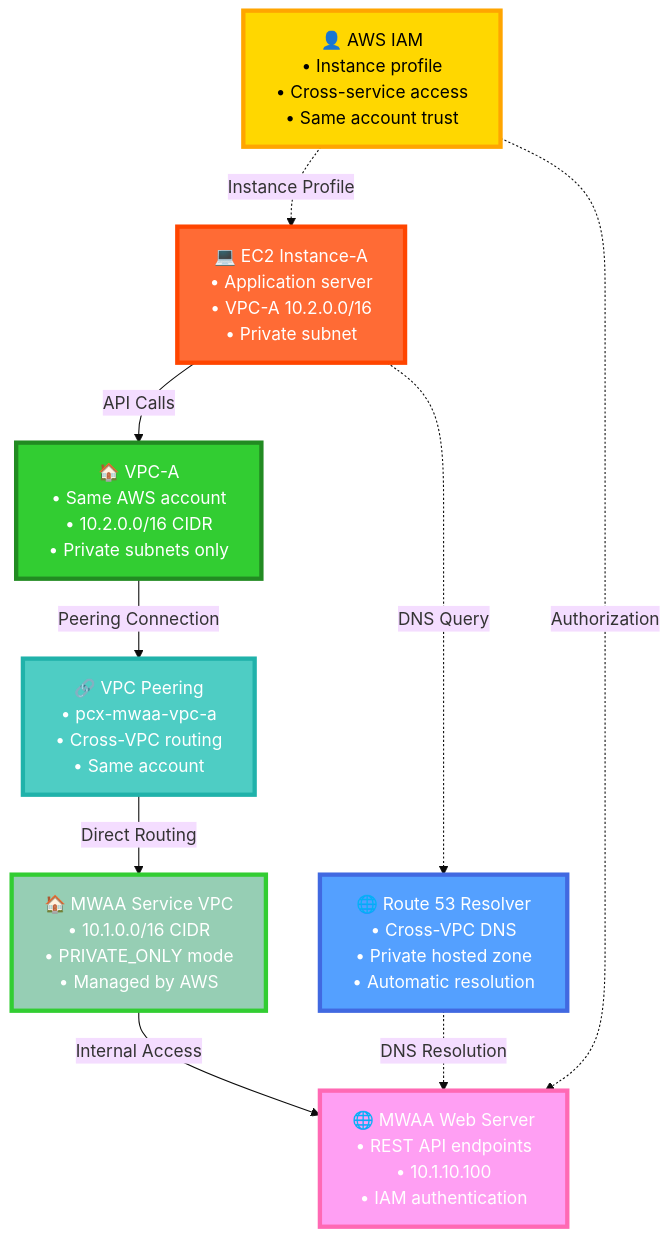
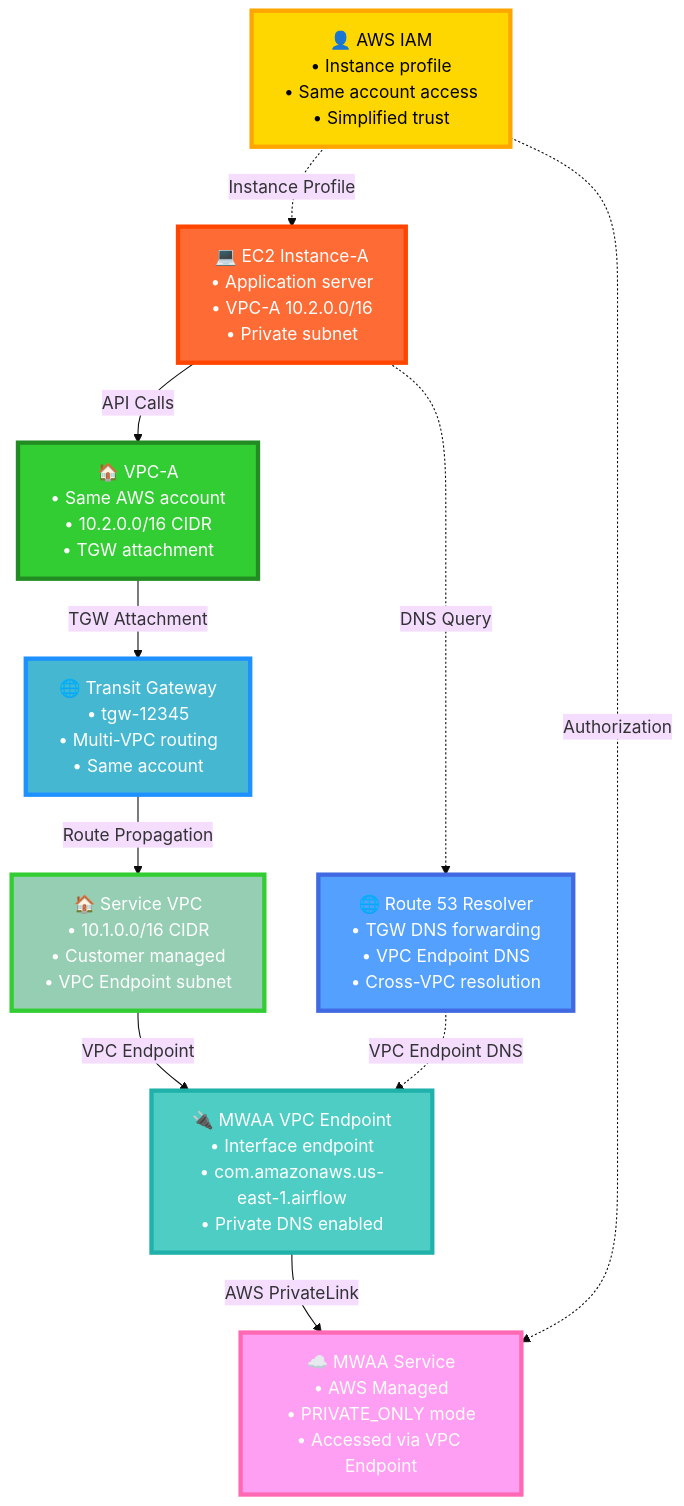
One commit to demoq-demo/mwaa changed the third of 12 diagrams in restapi.md. Above: the diagram before and after it, drawn with Mermaid (base theme). The commit also changed other lines of this file, not shown here.

````diff
--- a/restapi.md
+++ b/restapi.md
@@ -106,28 +107,31 @@
 ```mermaid
 graph TB
     EC2A["💻 EC2 Instance-A<br/>• Application server<br/>• VPC-A 10.2.0.0/16<br/>• Private subnet"]:::ec2
-    VPCA["🏠 VPC-A<br/>• Same AWS account<br/>• 10.2.0.0/16 CIDR<br/>• Private subnets only"]:::vpca
-    PEERING["🔗 VPC Peering<br/>• pcx-mwaa-vpc-a<br/>• Cross-VPC routing<br/>• Same account"]:::peering
-    MWAAVPC["🏠 MWAA Service VPC<br/>• 10.1.0.0/16 CIDR<br/>• PRIVATE_ONLY mode<br/>• Managed by AWS"]:::mwaavpc
-    WEBSERVER["🌐 MWAA Web Server<br/>• REST API endpoints<br/>• 10.1.10.100<br/>• IAM authentication"]:::webserver
-    ROUTE53["🌐 Route 53 Resolver<br/>• Cross-VPC DNS<br/>• Private hosted zone<br/>• Automatic resolution"]:::dns
-    IAM["👤 AWS IAM<br/>• Instance profile<br/>• Cross-service access<br/>• Same account trust"]:::iam
+    VPCA["🏠 VPC-A<br/>• Same AWS account<br/>• 10.2.0.0/16 CIDR<br/>• TGW attachment"]:::vpca
+    TGW["🌐 Transit Gateway<br/>• tgw-12345<br/>• Multi-VPC routing<br/>• Same account"]:::tgw
+    SERVICEVPC["🏠 Service VPC<br/>• 10.1.0.0/16 CIDR<br/>• Customer managed<br/>• VPC Endpoint subnet"]:::servicevpc
+    VPCENDPOINT["🔌 MWAA VPC Endpoint<br/>• Interface endpoint<br/>• com.amazonaws.us-east-1.airflow<br/>• Private DNS enabled"]:::vpcendpoint
+    MWAASERVICE["☁️ MWAA Service<br/>• AWS Managed<br/>• PRIVATE_ONLY mode<br/>• Accessed via VPC Endpoint"]:::mwaaservice
+    ROUTE53["🌐 Route 53 Resolver<br/>• TGW DNS forwarding<br/>• VPC Endpoint DNS<br/>• Cross-VPC resolution"]:::dns
+    IAM["👤 AWS IAM<br/>• Instance profile<br/>• Same account access<br/>• Simplified trust"]:::iam
     
     EC2A -->|API Calls| VPCA
-    VPCA -->|Peering Connection| PEERING
-    PEERING -->|Direct Routing| MWAAVPC
-    MWAAVPC -->|Internal Access| WEBSERVER
+    VPCA -->|TGW Attachment| TGW
+    TGW -->|Route Propagation| SERVICEVPC
+    SERVICEVPC -->|VPC Endpoint| VPCENDPOINT
+    VPCENDPOINT -->|AWS PrivateLink| MWAASERVICE
     
-    ROUTE53 -.->|DNS Resolution| WEBSERVER
+    ROUTE53 -.->|VPC Endpoint DNS| VPCENDPOINT
     EC2A -.->|DNS Query| ROUTE53
     IAM -.->|Instance Profile| EC2A
-    IAM -.->|Authorization| WEBSERVER
+    IAM -.->|Authorization| MWAASERVICE
     
     classDef ec2 fill:#FF6B35,stroke:#FF4500,stroke-width:4px,color:#fff
     classDef vpca fill:#32CD32,stroke:#228B22,stroke-width:4px,color:#fff
-    classDef peering fill:#4ECDC4,stroke:#20B2AA,stroke-width:4px,color:#fff
-    classDef mwaavpc fill:#96CEB4,stroke:#32CD32,stroke-width:4px,color:#fff
-    classDef webserver fill:#FF9FF3,stroke:#FF69B4,stroke-width:4px,color:#fff
+    classDef tgw fill:#45B7D1,stroke:#1E90FF,stroke-width:4px,color:#fff
+    classDef servicevpc fill:#96CEB4,stroke:#32CD32,stroke-width:4px,color:#fff
+    classDef vpcendpoint fill:#4ECDC4,stroke:#20B2AA,stroke-width:4px,color:#fff
+    classDef mwaaservice fill:#FF9FF3,stroke:#FF69B4,stroke-width:4px,color:#fff
     classDef dns fill:#54A0FF,stroke:#4169E1,stroke-width:4px,color:#fff
     classDef iam fill:#FFD700,stroke:#FFA500,stroke-width:4px,color:#000
 ```
````
